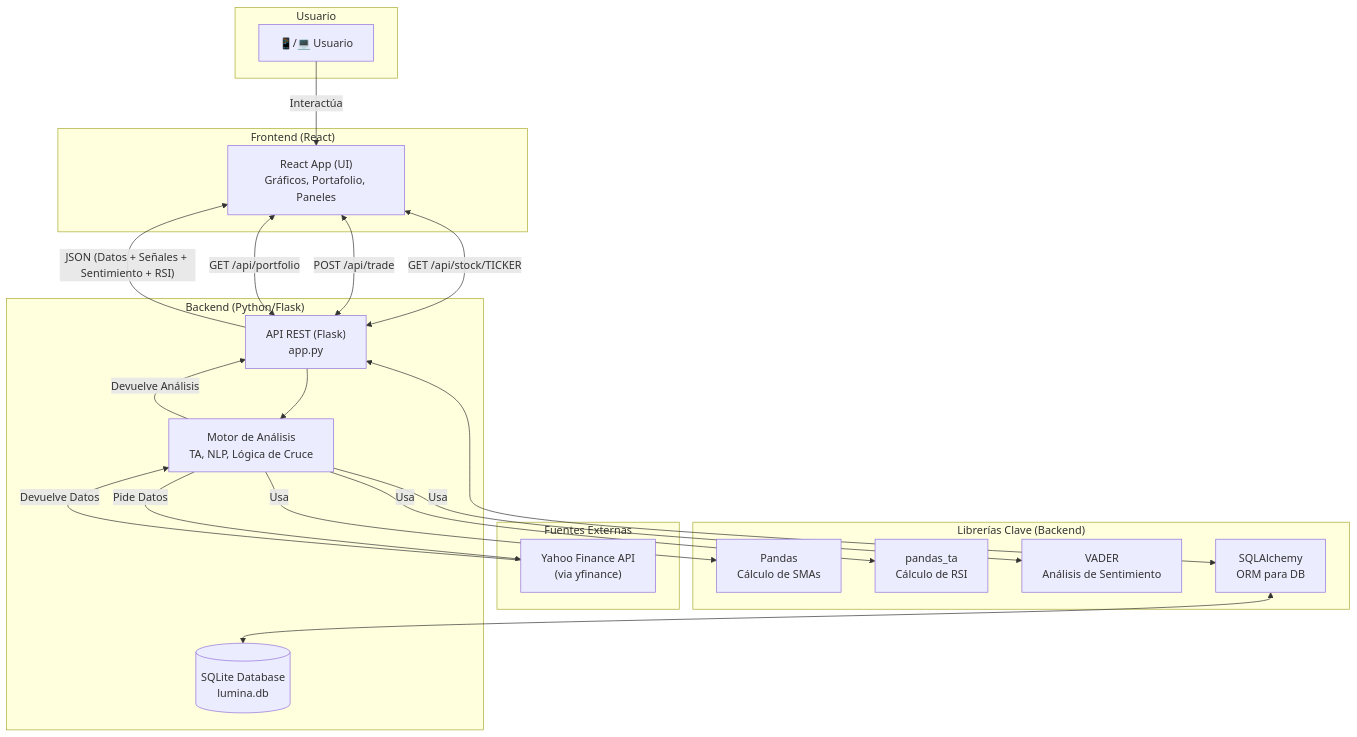
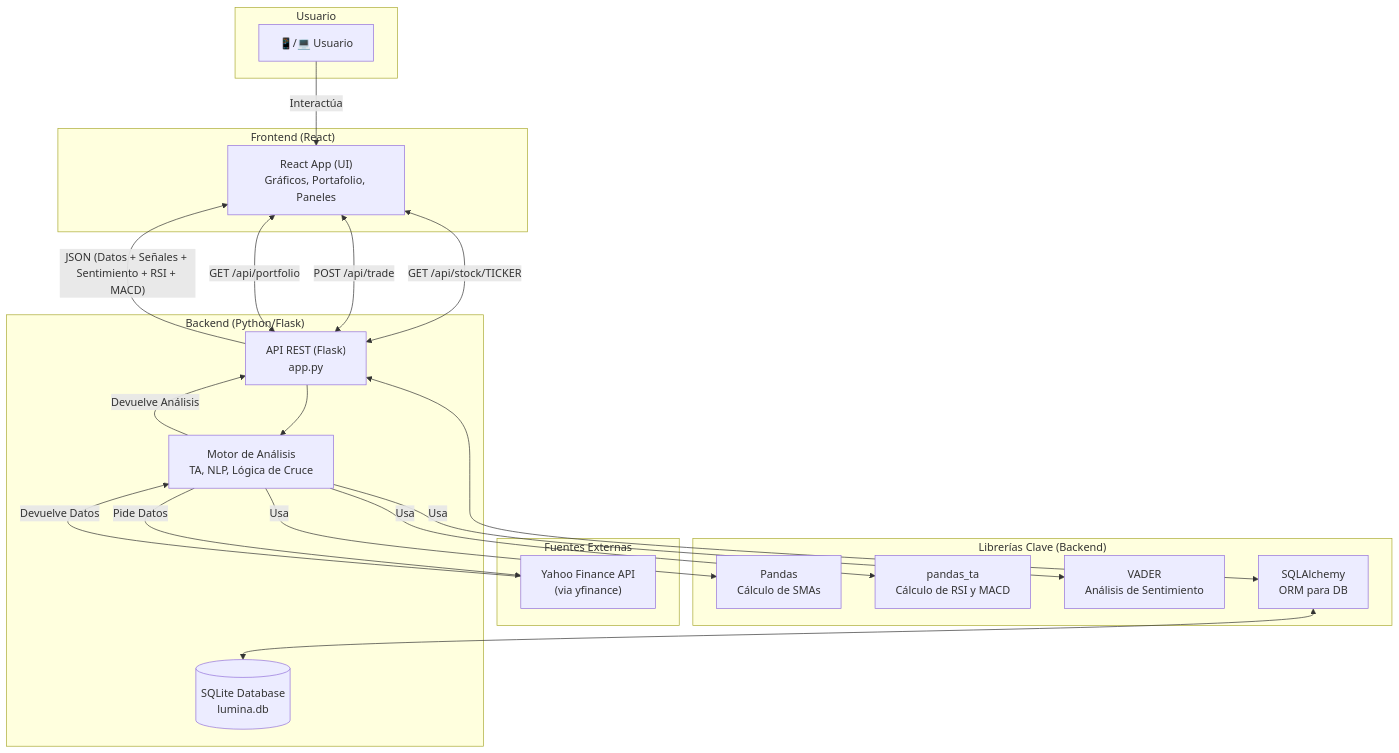
The first of 2 diagrams in README.md (franjavi-upct-es/lumina_project), drawn with Mermaid before and after one commit. The commit also changed other lines of this file and 5 other files, not shown here.

````diff
--- a/README.md
+++ b/README.md
@@ -60,38 +62,38 @@
 ```mermaid
 graph TD
     subgraph "Usuario"
         U[📱/💻 Usuario]
     end
     subgraph "Frontend (React)"
         F["React App (UI)<br>Gráficos, Portafolio, Paneles"]
     end
     subgraph "Backend (Python/Flask)"
         B["API REST (Flask)<br>app.py"]
         M[Motor de Análisis<br>TA, NLP, Lógica de Cruce]
         DB[(SQLite Database<br>lumina.db)]
     end
     subgraph "Fuentes Externas"
         YF["Yahoo Finance API<br>(via yfinance)"]
     end
     subgraph "Librerías Clave (Backend)"
         P[Pandas<br>Cálculo de SMAs]
-        PT[pandas_ta<br>Cálculo de RSI]
+        PT[pandas_ta<br>Cálculo de RSI y MACD]
         V[VADER<br>Análisis de Sentimiento]
         SA[SQLAlchemy<br>ORM para DB]
     end
 
     U -- Interactúa --> F
     F <-->|GET /api/stock/TICKER| B
     F <-->|POST /api/trade| B
     F <-->|GET /api/portfolio| B
     B --> M
     M -- Pide Datos --> YF
     M -- Usa --> P
     M -- Usa --> PT
     M -- Usa --> V
     B <--> SA
     SA <--> DB
     YF -- Devuelve Datos --> M
     M -- Devuelve Análisis --> B
-    B -->|"JSON (Datos + Señales + Sentimiento + RSI)"| F
+    B -->|"JSON (Datos + Señales + Sentimiento + RSI + MACD)"| F
 ```
````
